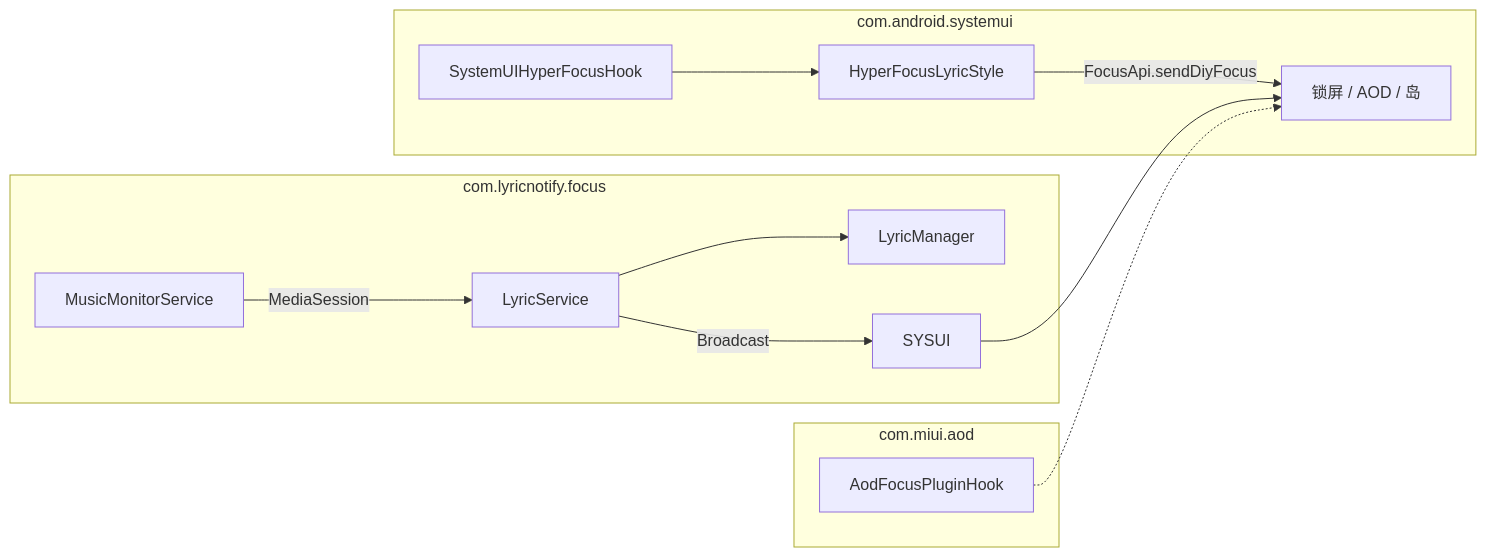
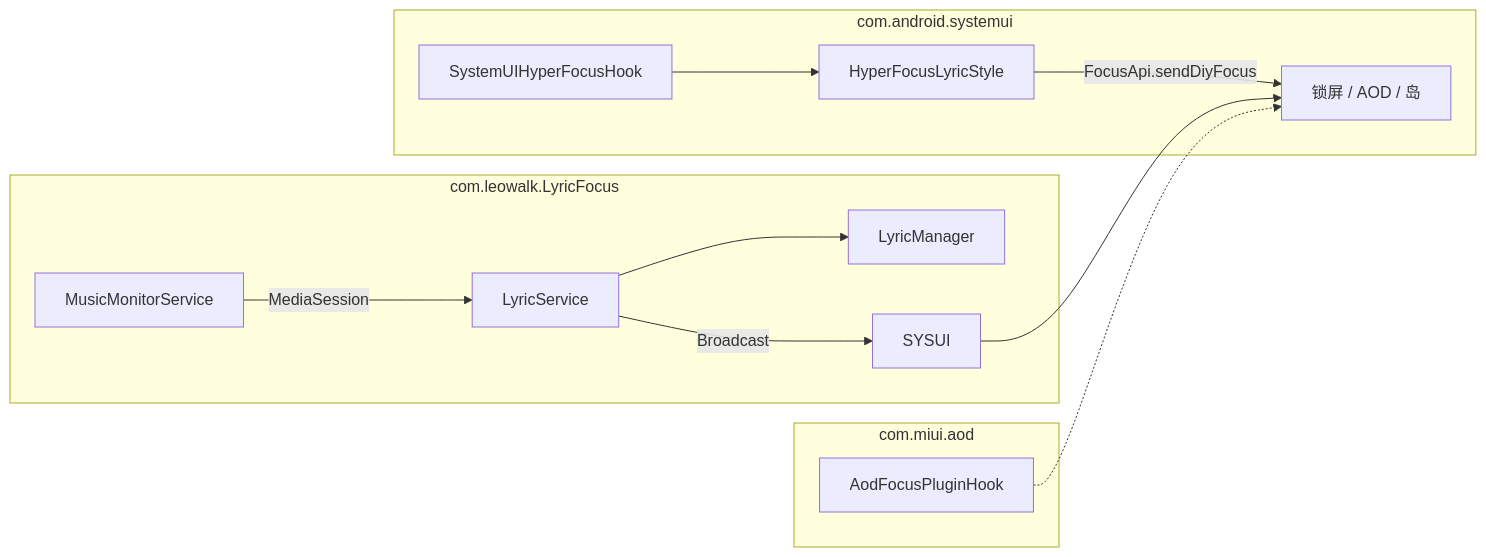
One commit to leowalk0613/LyricFocus changed the diagram in README.md. Above: the diagram before and after it, drawn with Mermaid. The commit also changed other lines of this file and 2 other files, not shown here.

````diff
--- a/README.md
+++ b/README.md
@@ -67,25 +67,25 @@
 ```mermaid
 flowchart LR
-    subgraph App["com.lyricnotify.focus"]
+    subgraph App["com.leowalk.LyricFocus"]
         MMS[MusicMonitorService]
         LS[LyricService]
         LM[LyricManager]
         MMS -->|MediaSession| LS
         LS --> LM
         LS -->|Broadcast| SYSUI
     end
 
     subgraph SystemUI["com.android.systemui"]
         HOOK[SystemUIHyperFocusHook]
         STYLE[HyperFocusLyricStyle]
         HOOK --> STYLE
         STYLE -->|FocusApi.sendDiyFocus| FN[锁屏 / AOD / 岛]
     end
 
     subgraph AOD["com.miui.aod"]
         AODH[AodFocusPluginHook]
     end
 
     SYSUI --> FN
     AODH -.-> FN
 ```
````
